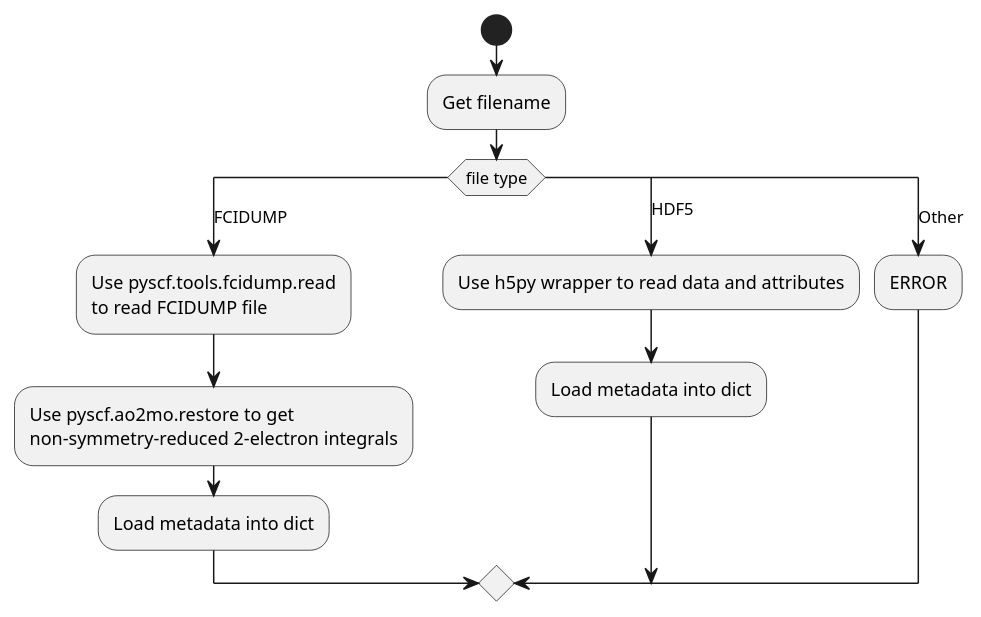
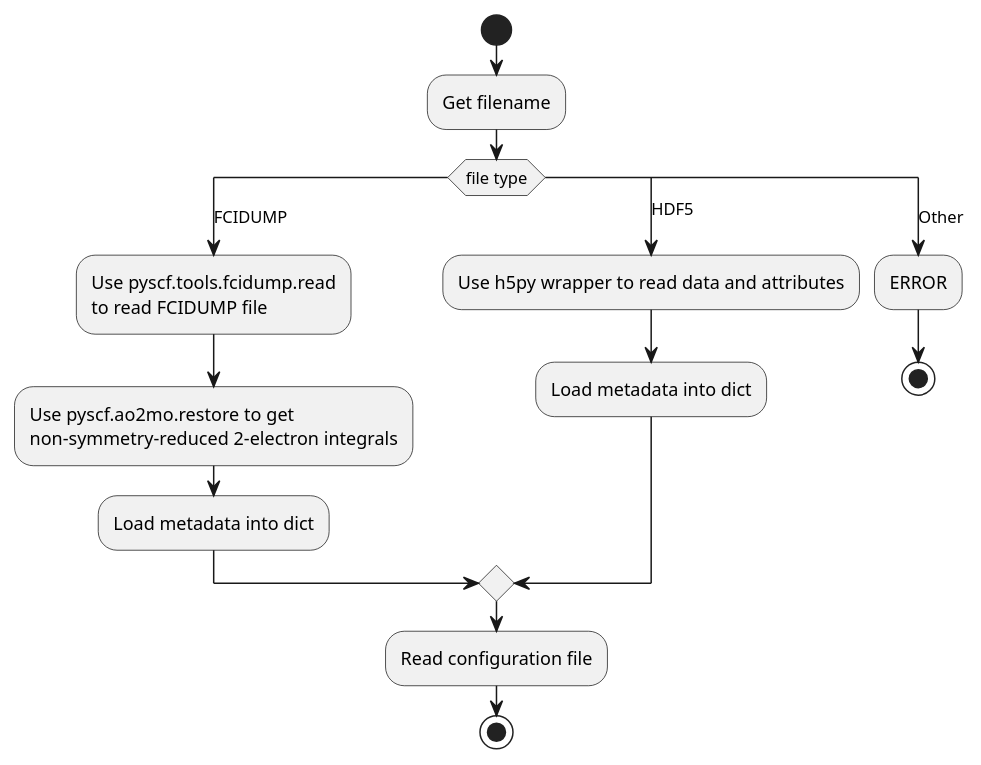
Before and after one commit to jtcantin/dmrghandler: the diagram in docs/diagrams/src/loading.puml, drawn with PlantUML. The commit also changed 5 other files, not shown here.

```diff
--- a/docs/diagrams/src/loading.puml
+++ b/docs/diagrams/src/loading.puml
@@ -1,18 +1,20 @@
 @startuml data_loading
 start
 :Get filename;
 switch (file type)
 case (FCIDUMP)
   :Use pyscf.tools.fcidump.read 
   to read FCIDUMP file;
   :Use pyscf.ao2mo.restore to get 
   non-symmetry-reduced 2-electron integrals;
   :Load metadata into dict;
 case (HDF5) 
   :Use h5py wrapper to read data and attributes;
   :Load metadata into dict;
 case (Other)
   :ERROR;
+  stop
 endswitch
-
+:Read configuration file;
+stop
 @enduml
```
